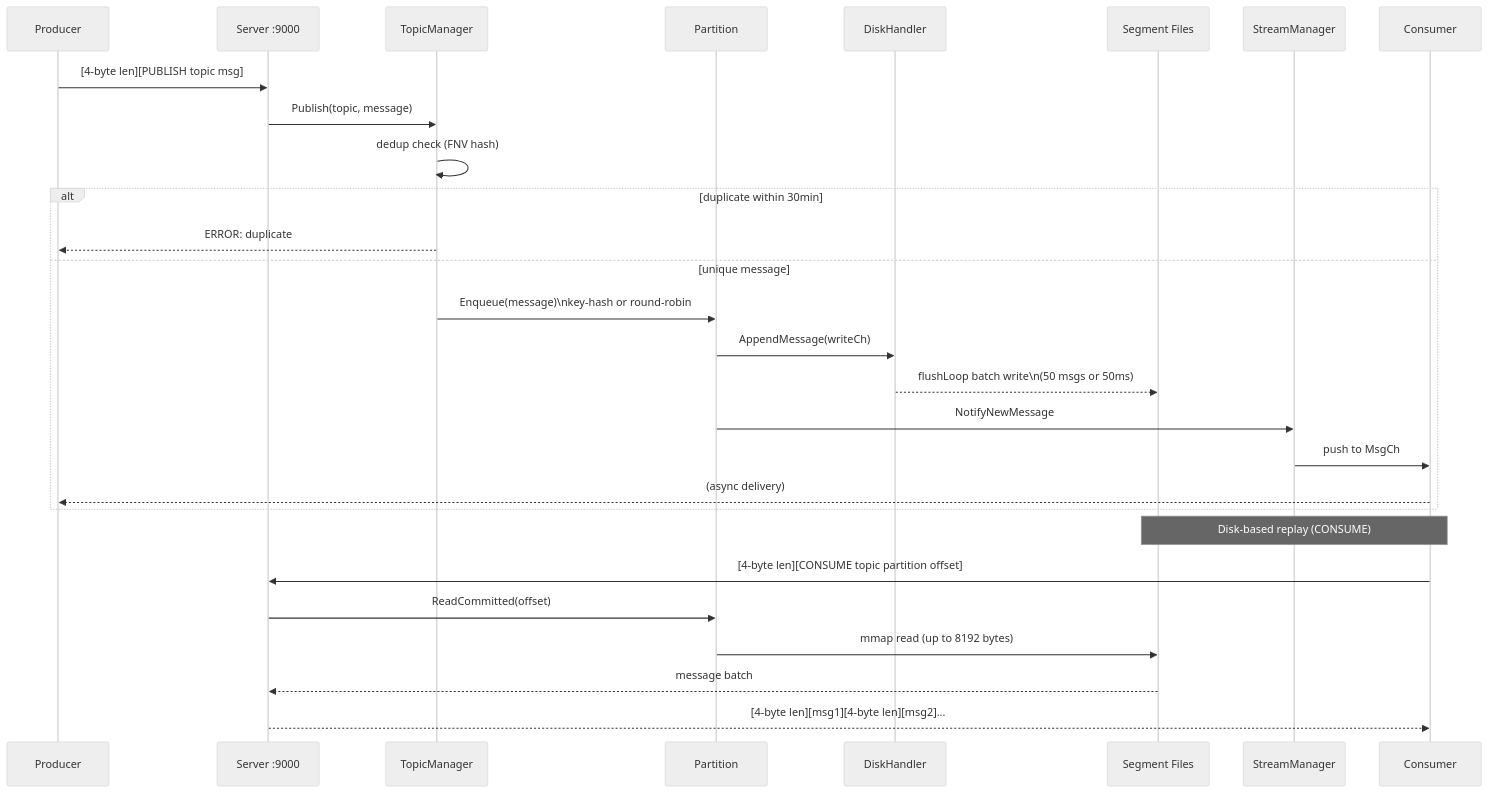
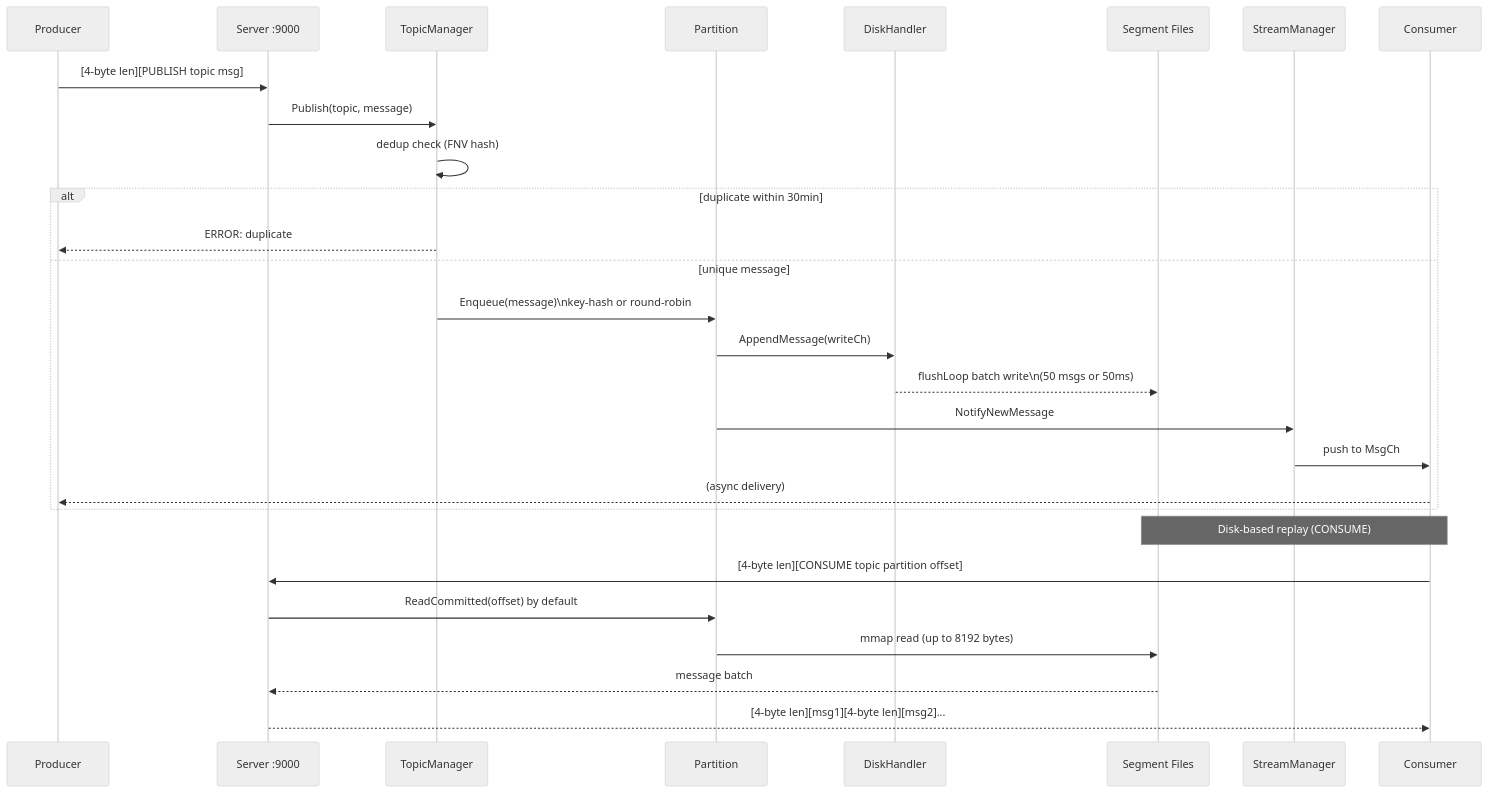
Before and after one commit to cursus-io/cursus: the second of 8 diagrams in docs/architecture.md, drawn with Mermaid (neutral theme). The commit also changed other lines of this file and 5 other files, not shown here.

````diff
--- a/docs/architecture.md
+++ b/docs/architecture.md
@@ -98,32 +98,32 @@
 ```mermaid
 sequenceDiagram
     participant PROD as Producer
     participant SRV as Server :9000
     participant TM as TopicManager
     participant PART as Partition
     participant DH as DiskHandler
     participant DISK as Segment Files
     participant SM as StreamManager
     participant CONS as Consumer
 
     PROD->>SRV: [4-byte len][PUBLISH topic msg]
     SRV->>TM: Publish(topic, message)
     TM->>TM: dedup check (FNV hash)
     alt duplicate within 30min
         TM-->>PROD: ERROR: duplicate
     else unique message
         TM->>PART: Enqueue(message)\nkey-hash or round-robin
         PART->>DH: AppendMessage(writeCh)
         DH-->>DISK: flushLoop batch write\n(50 msgs or 50ms)
         PART->>SM: NotifyNewMessage
         SM->>CONS: push to MsgCh
         CONS-->>PROD: (async delivery)
     end
 
     Note over CONS,DISK: Disk-based replay (CONSUME)
     CONS->>SRV: [4-byte len][CONSUME topic partition offset]
-    SRV->>PART: ReadCommitted(offset)
+    SRV->>PART: ReadCommitted(offset) by default
     PART->>DISK: mmap read (up to 8192 bytes)
     DISK-->>SRV: message batch
     SRV-->>CONS: [4-byte len][msg1][4-byte len][msg2]...
 ```
````
